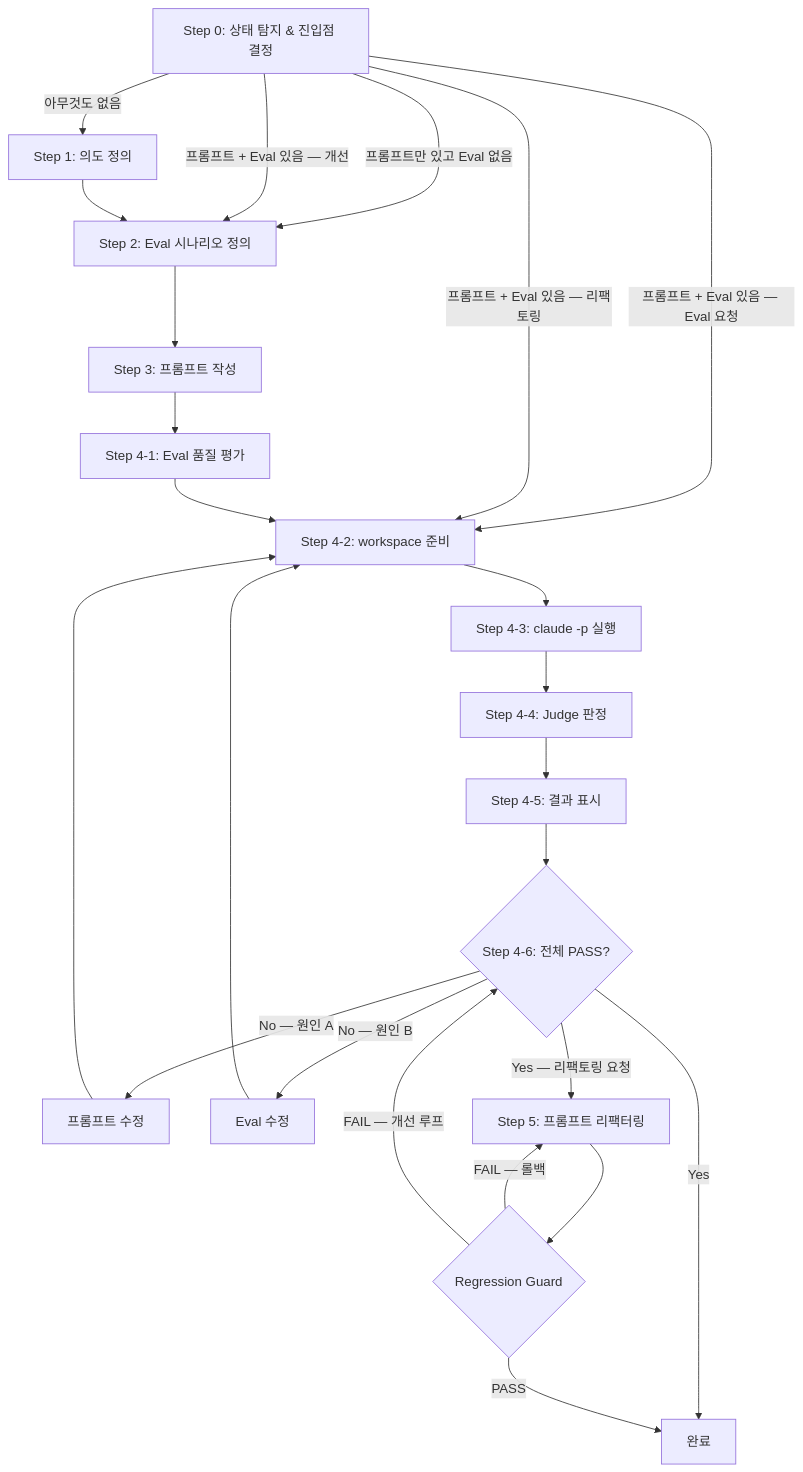
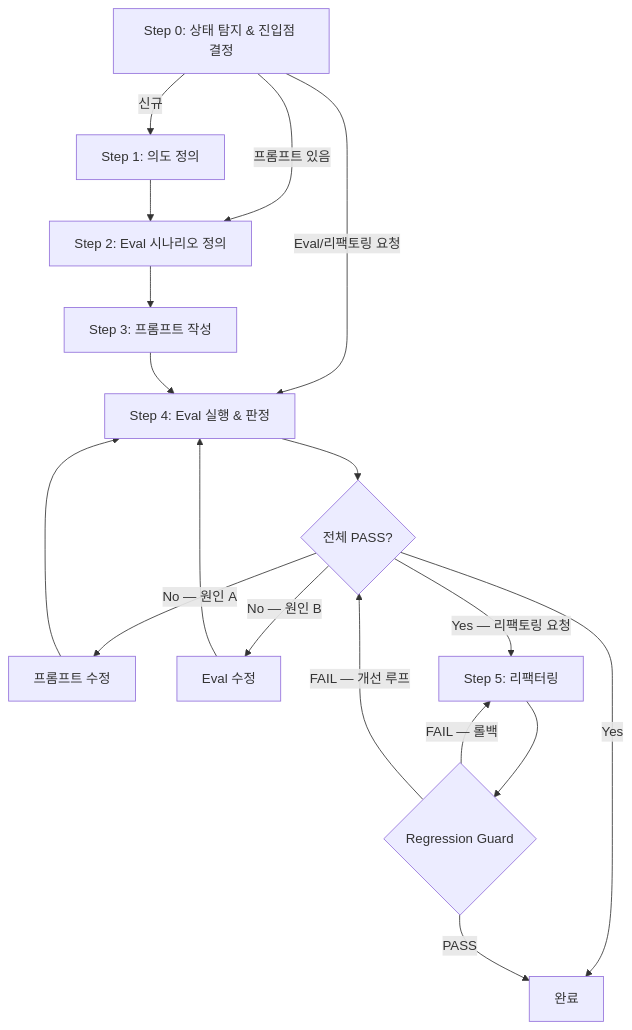
Before and after one commit to kslhunter/simplysm: the diagram in .claude/skills/sd-prompt/SKILL.md, drawn with Mermaid. The commit also changed other lines of this file and 72 other files, not shown here.

````diff
--- a/.claude/skills/sd-prompt/SKILL.md
+++ b/.claude/skills/sd-prompt/SKILL.md
@@ -68,33 +30,26 @@
 ```mermaid
 flowchart TD
     S0[Step 0: 상태 탐지 & 진입점 결정]
 
-    S0 -->|아무것도 없음| S1[Step 1: 의도 정의]
-    S0 -->|프롬프트만 있고 Eval 없음| S2[Step 2: Eval 시나리오 정의]
-    S0 -->|프롬프트 + Eval 있음 — 개선| S2
-    S0 -->|프롬프트 + Eval 있음 — Eval 요청| S4_2[Step 4-2: workspace 준비]
-    S0 -->|프롬프트 + Eval 있음 — 리팩토링| S4_2
+    S0 -->|신규| S1[Step 1: 의도 정의]
+    S0 -->|프롬프트 있음| S2[Step 2: Eval 시나리오 정의]
+    S0 -->|Eval/리팩토링 요청| S4[Step 4: Eval 실행 & 판정]
 
     S1 --> S2
     S2 --> S3[Step 3: 프롬프트 작성]
-    S3 --> S4_1[Step 4-1: Eval 품질 평가]
+    S3 --> S4[Step 4: Eval 실행 & 판정]
 
-    S4_1 --> S4_2
-    S4_2 --> S4_3[Step 4-3: claude -p 실행]
-    S4_3 --> S4_4[Step 4-4: Judge 판정]
-    S4_4 --> S4_5[Step 4-5: 결과 표시]
-    S4_5 --> S4_6{Step 4-6: 전체 PASS?}
+    S4 --> GATE{전체 PASS?}
+    GATE -->|No — 원인 A| FIX_P[프롬프트 수정]
+    GATE -->|No — 원인 B| FIX_E[Eval 수정]
+    FIX_P --> S4
+    FIX_E --> S4
 
-    S4_6 -->|No — 원인 A| FIX_P[프롬프트 수정]
-    S4_6 -->|No — 원인 B| FIX_E[Eval 수정]
-    FIX_P --> S4_2
-    FIX_E --> S4_2
-
-    S4_6 -->|Yes — 리팩토링 요청| S5[Step 5: 프롬프트 리팩터링]
-    S4_6 -->|Yes| DONE[완료]
+    GATE -->|Yes — 리팩토링 요청| S5[Step 5: 리팩터링]
+    GATE -->|Yes| DONE[완료]
 
     S5 --> S5_REG{Regression Guard}
     S5_REG -->|PASS| DONE
     S5_REG -->|FAIL — 롤백| S5
-    S5_REG -->|FAIL — 개선 루프| S4_6
+    S5_REG -->|FAIL — 개선 루프| GATE
 ```
````
